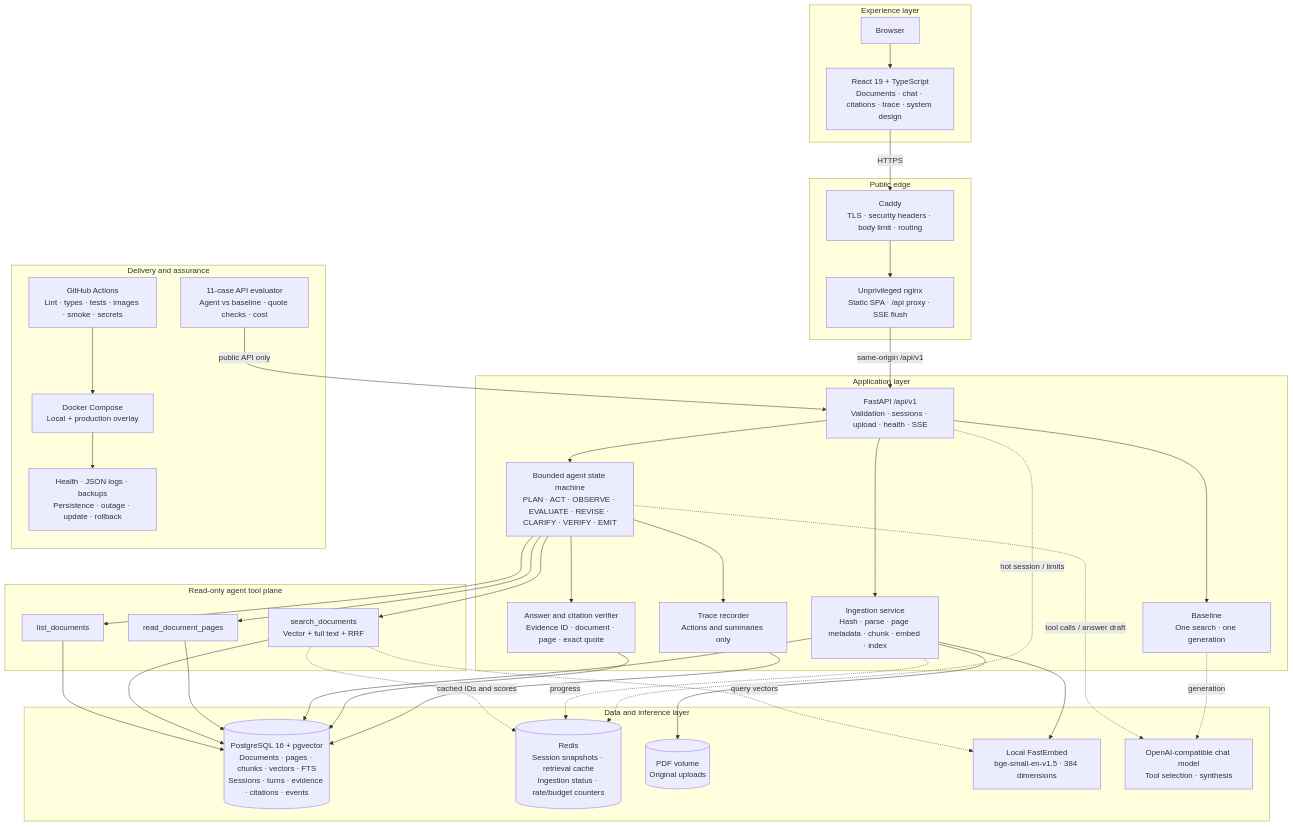
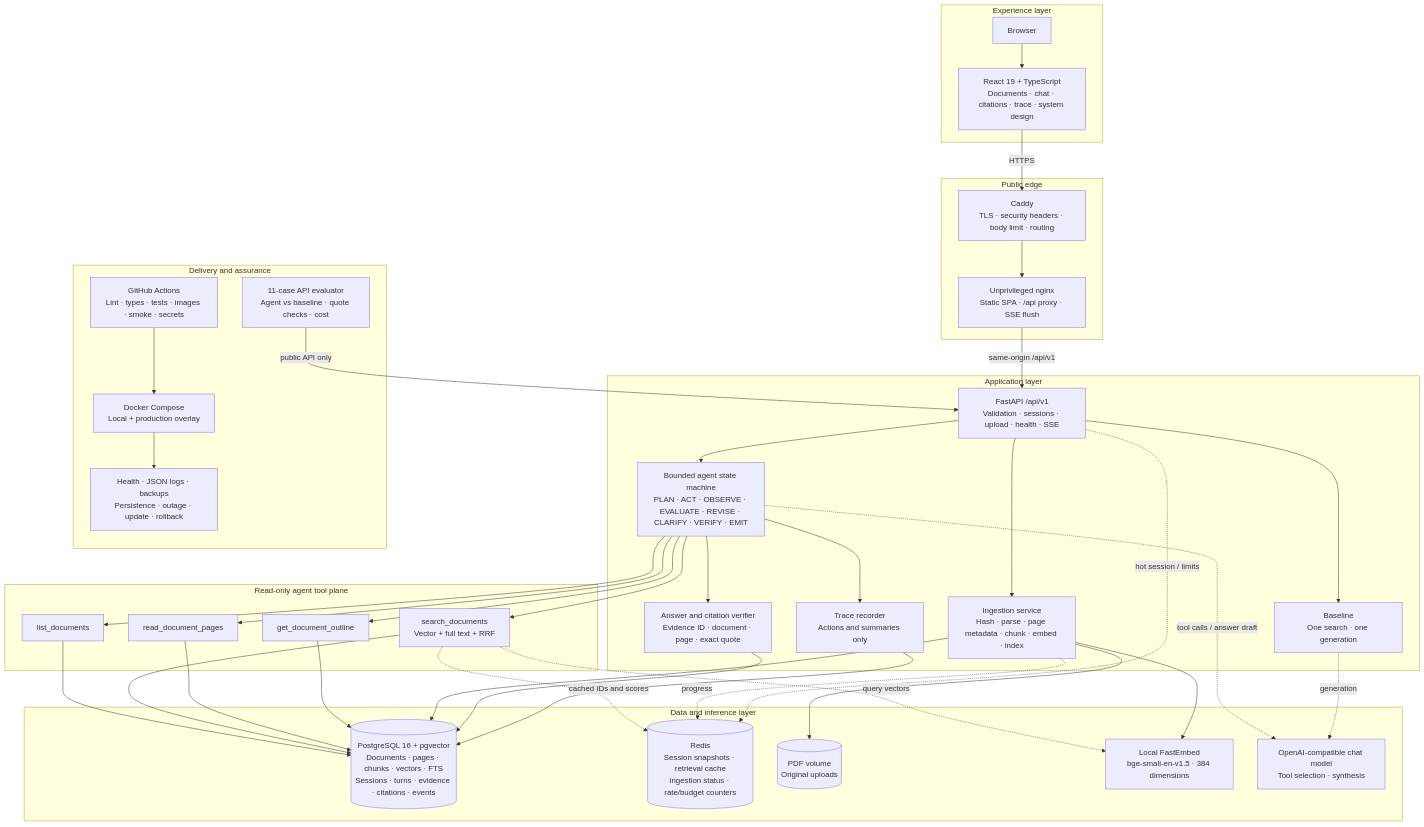
The second of 7 diagrams in docs/system-design.md (theomthakur/policypilot), drawn with Mermaid before and after one commit. The commit also changed other lines of this file and 2 other files, not shown here.

````diff
--- a/docs/system-design.md
+++ b/docs/system-design.md
@@ -62,72 +77,75 @@
 ```mermaid
 flowchart TB
   subgraph Client[Experience layer]
     Browser[Browser]
     React[React 19 + TypeScript\nDocuments · chat · citations · trace · system design]
     Browser --> React
   end
 
   subgraph Edge[Public edge]
     Caddy[Caddy\nTLS · security headers · body limit · routing]
     Nginx[Unprivileged nginx\nStatic SPA · /api proxy · SSE flush]
   end
 
   subgraph API[Application layer]
     FastAPI[FastAPI /api/v1\nValidation · sessions · upload · health · SSE]
     Ingest[Ingestion service\nHash · parse · page metadata · chunk · embed · index]
     Orchestrator[Bounded agent state machine\nPLAN · ACT · OBSERVE · EVALUATE · REVISE · CLARIFY · VERIFY · EMIT]
     Baseline[Baseline\nOne search · one generation]
     Citation[Answer and citation verifier\nEvidence ID · document · page · exact quote]
     Trace[Trace recorder\nActions and summaries only]
   end
 
   subgraph Tools[Read-only agent tool plane]
     List[list_documents]
     Search[search_documents\nVector + full text + RRF]
     Read[read_document_pages]
+    Outline[get_document_outline]
   end
 
   subgraph Data[Data and inference layer]
     Postgres[(PostgreSQL 16 + pgvector\nDocuments · pages · chunks · vectors · FTS\nSessions · turns · evidence · citations · events)]
     Redis[(Redis\nSession snapshots · retrieval cache\nIngestion status · rate/budget counters)]
     PDF[(PDF volume\nOriginal uploads)]
     Embed[Local FastEmbed\nbge-small-en-v1.5 · 384 dimensions]
     LLM[OpenAI-compatible chat model\nTool selection · synthesis]
   end
 
   subgraph Delivery[Delivery and assurance]
     Compose[Docker Compose\nLocal + production overlay]
     CI[GitHub Actions\nLint · types · tests · images · smoke · secrets]
     Eval[11-case API evaluator\nAgent vs baseline · quote checks · cost]
     Ops[Health · JSON logs · backups\nPersistence · outage · update · rollback]
   end
 
   React -->|HTTPS| Caddy
   Caddy --> Nginx
   Nginx -->|same-origin /api/v1| FastAPI
   FastAPI --> Ingest
   FastAPI --> Orchestrator
   FastAPI --> Baseline
   Orchestrator --> List
   Orchestrator --> Search
   Orchestrator --> Read
+  Orchestrator --> Outline
   Orchestrator -. tool calls / answer draft .-> LLM
   Baseline -. generation .-> LLM
   List --> Postgres
   Search --> Postgres
   Search -. cached IDs and scores .-> Redis
   Search -. query vectors .-> Embed
   Read --> Postgres
+  Outline --> Postgres
   Ingest --> PDF
   Ingest --> Embed
   Ingest --> Postgres
   Ingest -. progress .-> Redis
   Orchestrator --> Citation
   Citation --> Postgres
   Orchestrator --> Trace
   Trace --> Postgres
   FastAPI -. hot session / limits .-> Redis
   Eval -->|public API only| FastAPI
   CI --> Compose
   Compose --> Ops
 ```
````
